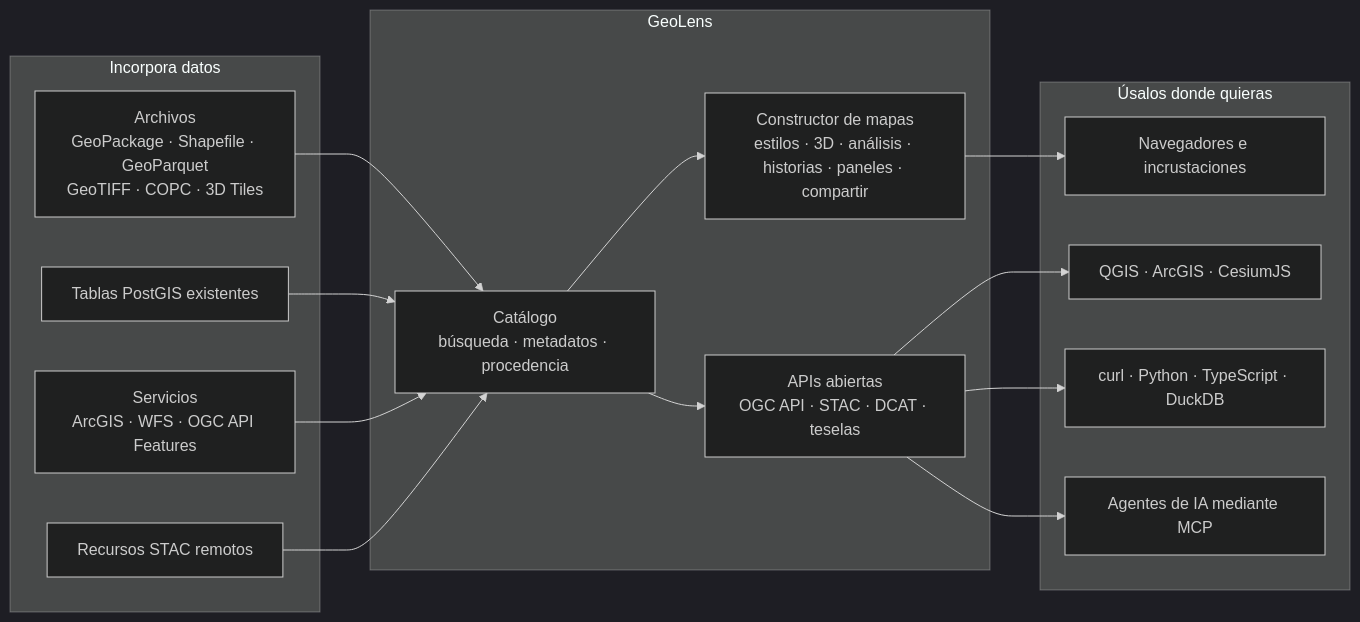
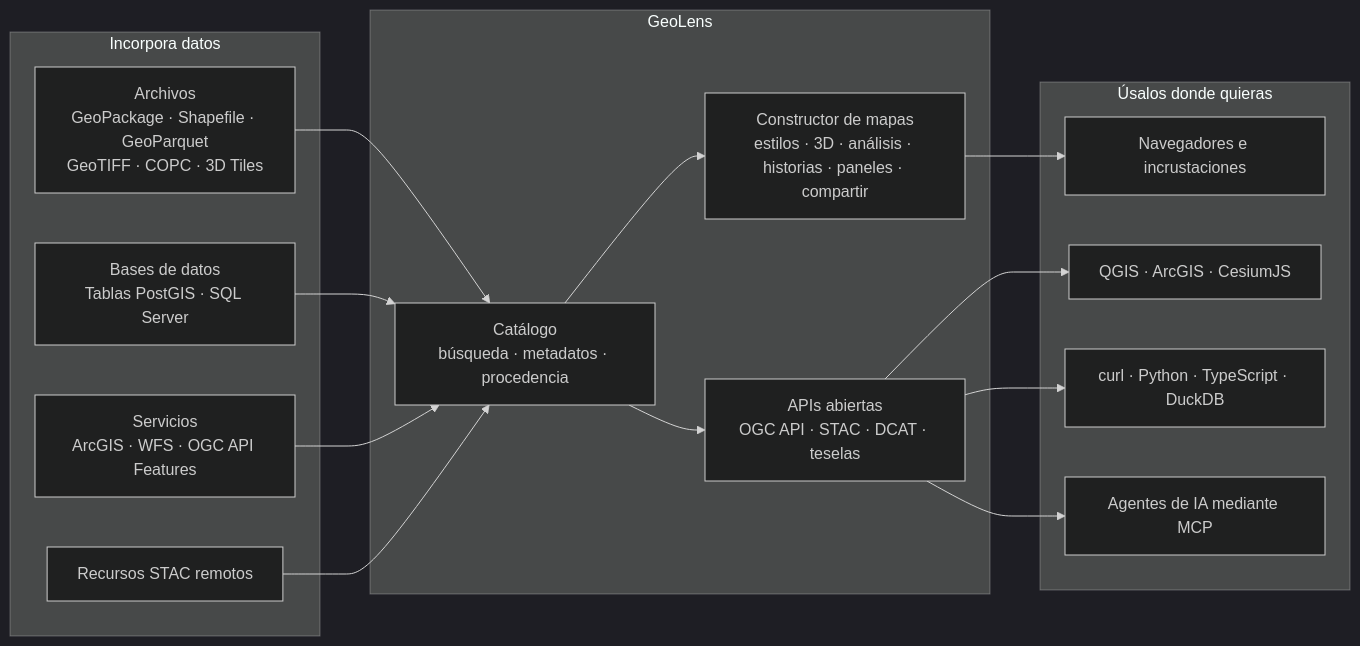
Before and after one commit to geolens-io/geolens: the diagram in README.es.md, drawn with Mermaid (dark theme). The commit also changed other lines of this file and 3 other files, not shown here.

````diff
--- a/README.es.md
+++ b/README.es.md
@@ -143,23 +109,23 @@
 ```mermaid
 flowchart LR
     subgraph IN ["Incorpora datos"]
       F["Archivos<br/>GeoPackage · Shapefile · GeoParquet<br/>GeoTIFF · COPC · 3D Tiles"]
-      DB["Tablas PostGIS existentes"]
+      DB["Bases de datos<br/>Tablas PostGIS · SQL Server"]
       SVC["Servicios<br/>ArcGIS · WFS · OGC API Features"]
       ST["Recursos STAC remotos"]
     end
     subgraph GL ["GeoLens"]
       CAT["Catálogo<br/>búsqueda · metadatos · procedencia"]
       MB["Constructor de mapas<br/>estilos · 3D · análisis · historias · paneles · compartir"]
       STD["APIs abiertas<br/>OGC API · STAC · DCAT · teselas"]
     end
     subgraph OUT ["Úsalos donde quieras"]
       WEB["Navegadores e incrustaciones"]
       GIS["QGIS · ArcGIS · CesiumJS"]
       CODE["curl · Python · TypeScript · DuckDB"]
       AG["Agentes de IA mediante MCP"]
     end
     F & DB & SVC & ST --> CAT
     CAT --> MB --> WEB
     CAT --> STD --> GIS & CODE & AG
 ```
````
